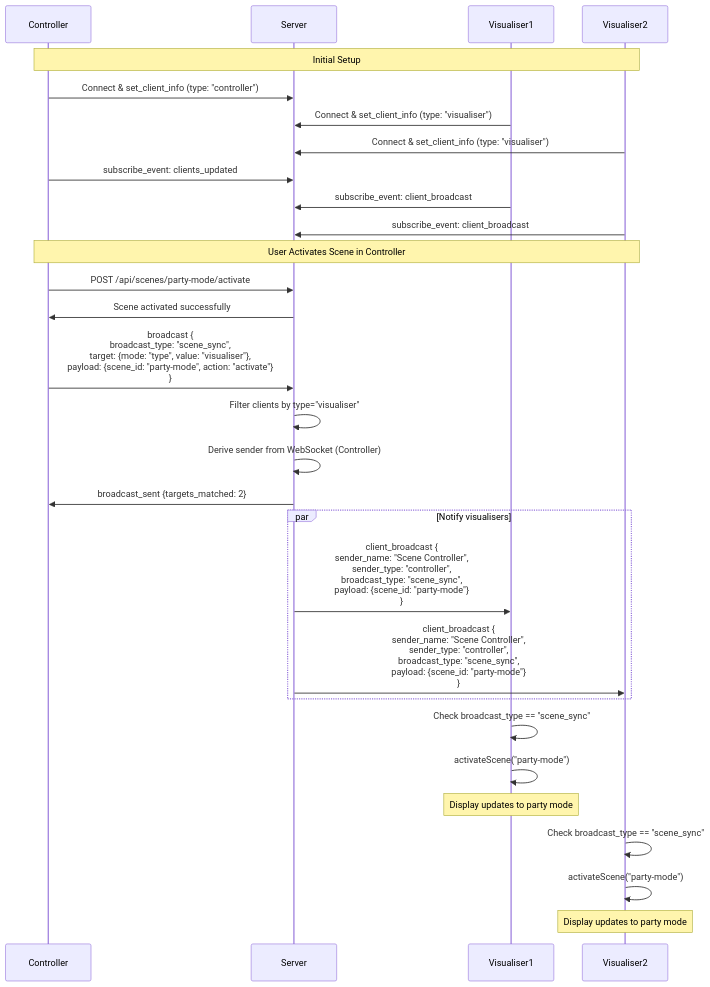
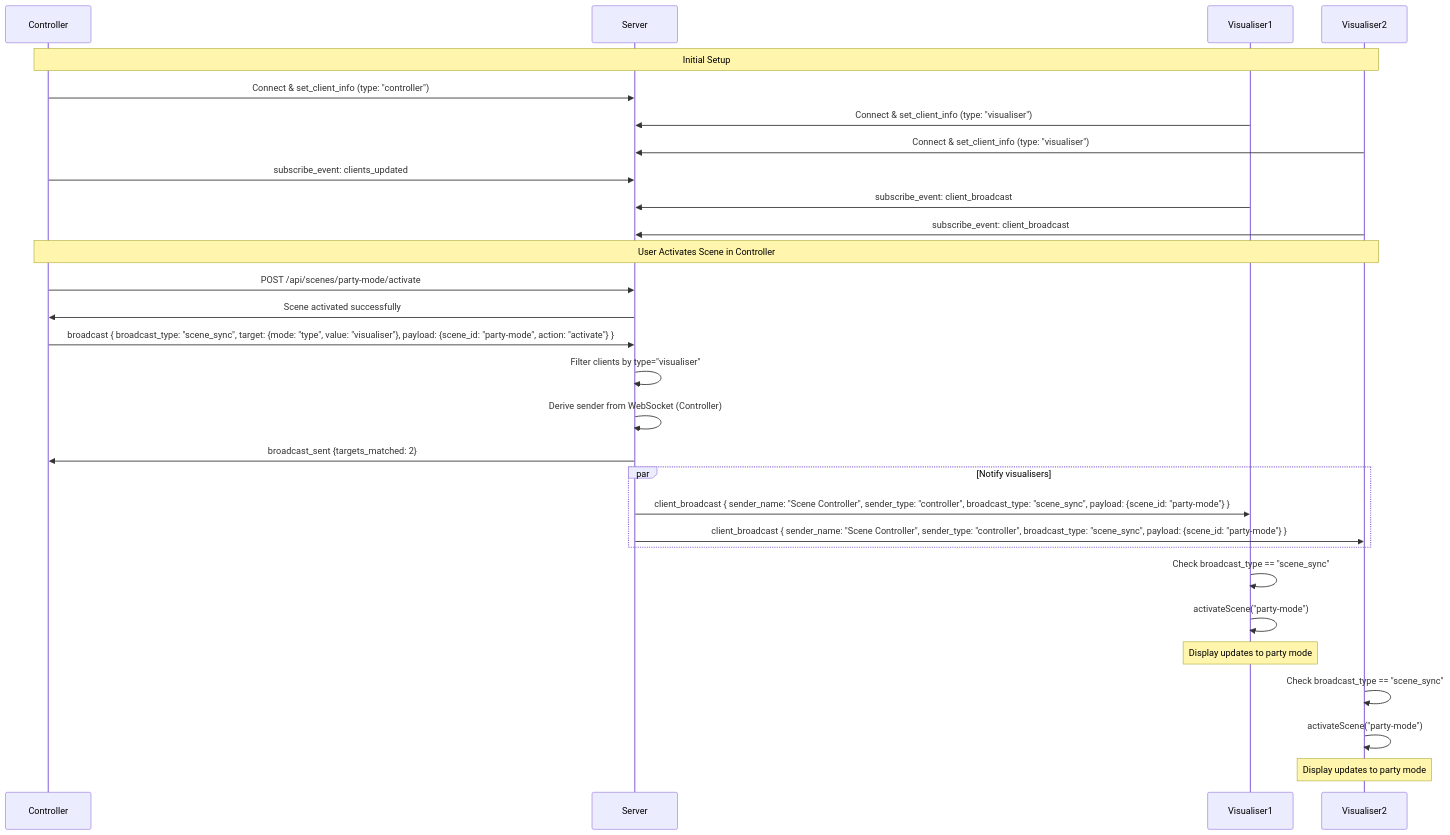
Before and after one commit to LedFx/LedFx: the seventh of 8 diagrams in docs/developer/websocket_client_examples.md, drawn with Mermaid. The commit also changed other lines of this file and 10 other files, not shown here.

````diff
--- a/docs/developer/websocket_client_examples.md
+++ b/docs/developer/websocket_client_examples.md
@@ -629,41 +629,41 @@
-```{mermaid}
+```mermaid
 sequenceDiagram
     participant Controller
     participant Server
     participant Visualiser1
     participant Visualiser2
 
     Note over Controller,Visualiser2: Initial Setup
 
     Controller->>Server: Connect & set_client_info (type: "controller")
     Visualiser1->>Server: Connect & set_client_info (type: "visualiser")
     Visualiser2->>Server: Connect & set_client_info (type: "visualiser")
 
     Controller->>Server: subscribe_event: clients_updated
     Visualiser1->>Server: subscribe_event: client_broadcast
     Visualiser2->>Server: subscribe_event: client_broadcast
 
     Note over Controller,Visualiser2: User Activates Scene in Controller
 
     Controller->>Server: POST /api/scenes/party-mode/activate
     Server->>Controller: Scene activated successfully
 
-    Controller->>Server: broadcast {<br/>  broadcast_type: "scene_sync",<br/>  target: {mode: "type", value: "visualiser"},<br/>  payload: {scene_id: "party-mode", action: "activate"}<br/>}
+    Controller->>Server: broadcast {   broadcast_type: "scene_sync",   target: {mode: "type", value: "visualiser"},   payload: {scene_id: "party-mode", action: "activate"} }
 
     Server->>Server: Filter clients by type="visualiser"
     Server->>Server: Derive sender from WebSocket (Controller)
     Server->>Controller: broadcast_sent {targets_matched: 2}
 
     par Notify visualisers
-        Server->>Visualiser1: client_broadcast {<br/>  sender_name: "Scene Controller",<br/>  sender_type: "controller",<br/>  broadcast_type: "scene_sync",<br/>  payload: {scene_id: "party-mode"}<br/>}
-        Server->>Visualiser2: client_broadcast {<br/>  sender_name: "Scene Controller",<br/>  sender_type: "controller",<br/>  broadcast_type: "scene_sync",<br/>  payload: {scene_id: "party-mode"}<br/>}
+        Server->>Visualiser1: client_broadcast {   sender_name: "Scene Controller",   sender_type: "controller",   broadcast_type: "scene_sync",   payload: {scene_id: "party-mode"} }
+        Server->>Visualiser2: client_broadcast {   sender_name: "Scene Controller",   sender_type: "controller",   broadcast_type: "scene_sync",   payload: {scene_id: "party-mode"} }
     end
 
     Visualiser1->>Visualiser1: Check broadcast_type == "scene_sync"
     Visualiser1->>Visualiser1: activateScene("party-mode")
     Note over Visualiser1: Display updates to party mode
 
     Visualiser2->>Visualiser2: Check broadcast_type == "scene_sync"
     Visualiser2->>Visualiser2: activateScene("party-mode")
     Note over Visualiser2: Display updates to party mode
 ```
````
